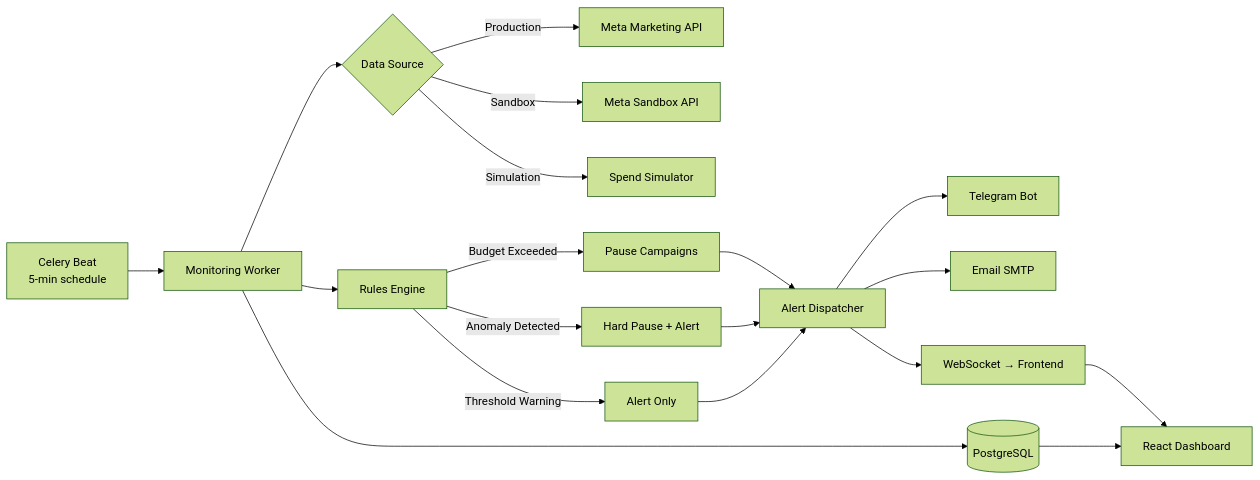
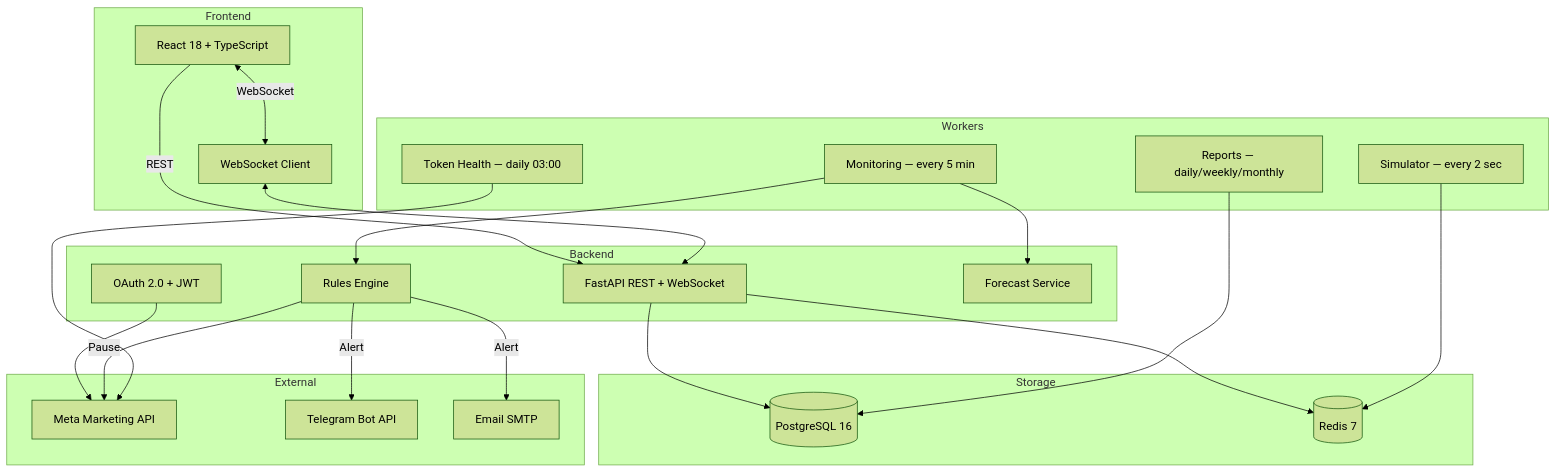
Before and after one commit to ew13r5/ad-budget-guard: the diagram in README.md, drawn with Mermaid (forest theme). The commit also changed other lines of this file and 8 other files, not shown here.

````diff
--- a/README.md
+++ b/README.md
@@ -56,21 +93,47 @@
 ```mermaid
-graph LR
-    A[Celery Beat<br/>5-min schedule] --> B[Monitoring Worker]
-    B --> C{Data Source}
-    C -->|Production| D[Meta Marketing API]
-    C -->|Sandbox| E[Meta Sandbox API]
-    C -->|Simulation| F[Spend Simulator]
-    B --> G[Rules Engine]
-    G -->|Budget Exceeded| H[Pause Campaigns]
-    G -->|Anomaly Detected| I[Hard Pause + Alert]
-    G -->|Threshold Warning| J[Alert Only]
-    H --> K[Alert Dispatcher]
-    I --> K
-    J --> K
-    K --> L[Telegram Bot]
-    K --> M[Email SMTP]
-    K --> N[WebSocket → Frontend]
-    B --> O[(PostgreSQL)]
-    O --> P[React Dashboard]
-    N --> P
+graph TB
+    subgraph Frontend
+        UI[React 18 + TypeScript]
+        WS[WebSocket Client]
+    end
+
+    subgraph Backend
+        API[FastAPI REST + WebSocket]
+        AUTH[OAuth 2.0 + JWT]
+        RULES[Rules Engine]
+        FORECAST[Forecast Service]
+    end
+
+    subgraph Workers
+        MON[Monitoring — every 5 min]
+        SIM[Simulator — every 2 sec]
+        RPT[Reports — daily/weekly/monthly]
+        TH[Token Health — daily 03:00]
+    end
+
+    subgraph Storage
+        DB[(PostgreSQL 16)]
+        RD[(Redis 7)]
+    end
+
+    subgraph External
+        META[Meta Marketing API]
+        TG[Telegram Bot API]
+        SMTP[Email SMTP]
+    end
+
+    UI -->|REST| API
+    UI <-->|WebSocket| WS
+    WS <--> API
+    API --> DB
+    API --> RD
+    AUTH --> META
+    MON --> RULES
+    RULES -->|Pause| META
+    RULES -->|Alert| TG
+    RULES -->|Alert| SMTP
+    MON --> FORECAST
+    SIM --> RD
+    RPT --> DB
+    TH --> META
 ```
````
